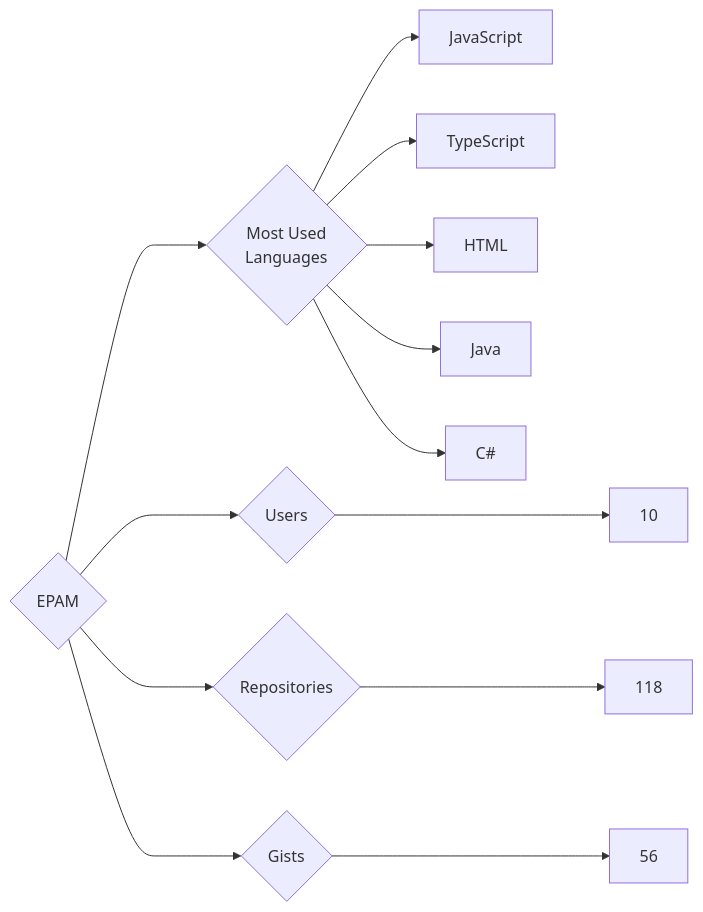
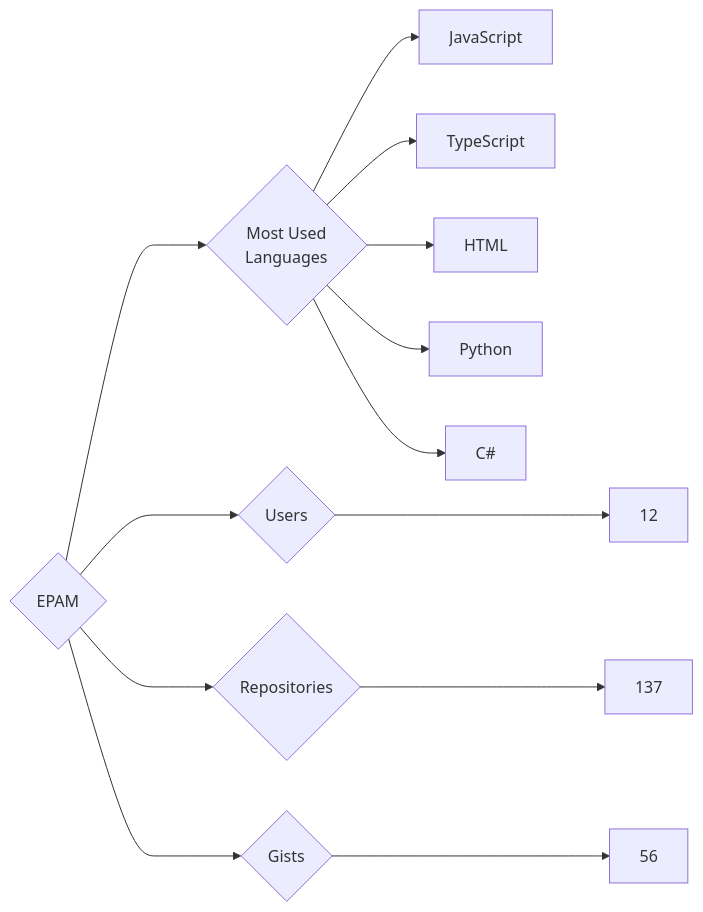
Before and after one commit to trickest/insiders: the diagram in targets/EPAM/README.md, drawn with Mermaid. The commit also changed 1084 other files, not shown here.

````diff
--- a/targets/EPAM/README.md
+++ b/targets/EPAM/README.md
@@ -3,13 +3,13 @@
 ```mermaid
 graph LR
 COMPANY_NAME{EPAM}
-COMPANY_NAME ---> U{Users} ---> UN[10]
-COMPANY_NAME ---> R{Repositories} ---> RN[118]
+COMPANY_NAME ---> U{Users} ---> UN[12]
+COMPANY_NAME ---> R{Repositories} ---> RN[137]
 COMPANY_NAME ---> G{Gists} ---> GN[56]
 COMPANY_NAME ---> ML{Most Used<br>Languages}
 ML --> JavaScript[JavaScript]
 ML --> TypeScript[TypeScript]
 ML --> HTML[HTML]
-ML --> Java[Java]
+ML --> Python[Python]
 ML --> C#[C#]
 ```
````
